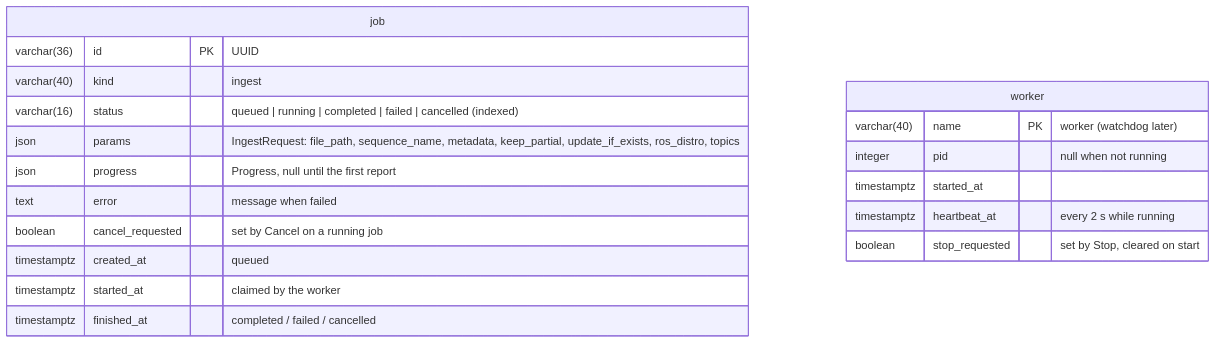
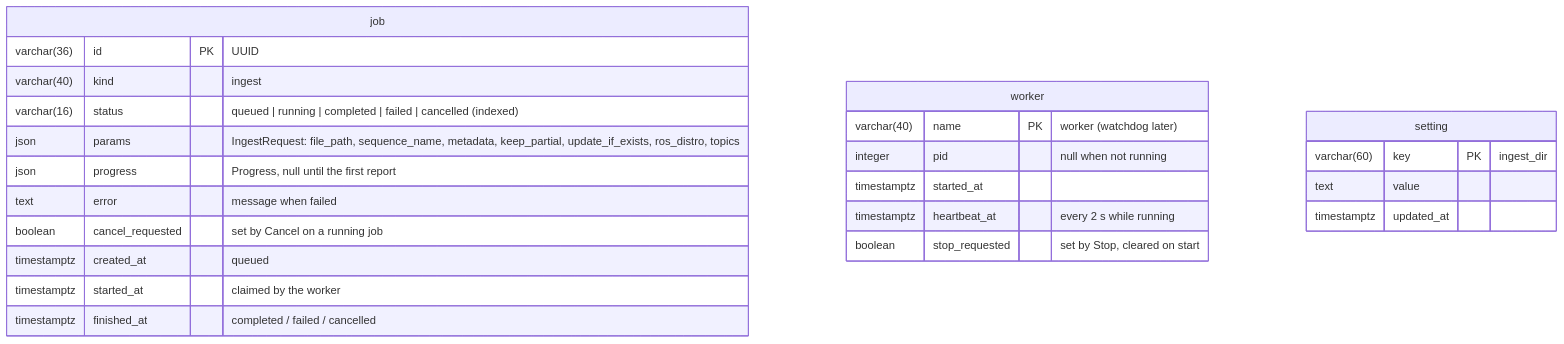
The third of 9 diagrams in mosaico-dashboard/docs/architecture.md (abhisheknannuri/mosaico), drawn with Mermaid before and after one commit. The commit also changed other lines of this file and 32 other files, not shown here.

````diff
--- a/mosaico-dashboard/docs/architecture.md
+++ b/mosaico-dashboard/docs/architecture.md
@@ -99,22 +100,27 @@
 ```mermaid
 erDiagram
     job {
         varchar(36) id PK "UUID"
         varchar(40) kind "ingest"
         varchar(16) status "queued | running | completed | failed | cancelled (indexed)"
         json params "IngestRequest: file_path, sequence_name, metadata, keep_partial, update_if_exists, ros_distro, topics"
         json progress "Progress, null until the first report"
         text error "message when failed"
         boolean cancel_requested "set by Cancel on a running job"
         timestamptz created_at "queued"
         timestamptz started_at "claimed by the worker"
         timestamptz finished_at "completed / failed / cancelled"
     }
     worker {
         varchar(40) name PK "worker (watchdog later)"
         integer pid "null when not running"
         timestamptz started_at
         timestamptz heartbeat_at "every 2 s while running"
         boolean stop_requested "set by Stop, cleared on start"
     }
+    setting {
+        varchar(60) key PK "ingest_dir"
+        text value
+        timestamptz updated_at
+    }
 ```
````
